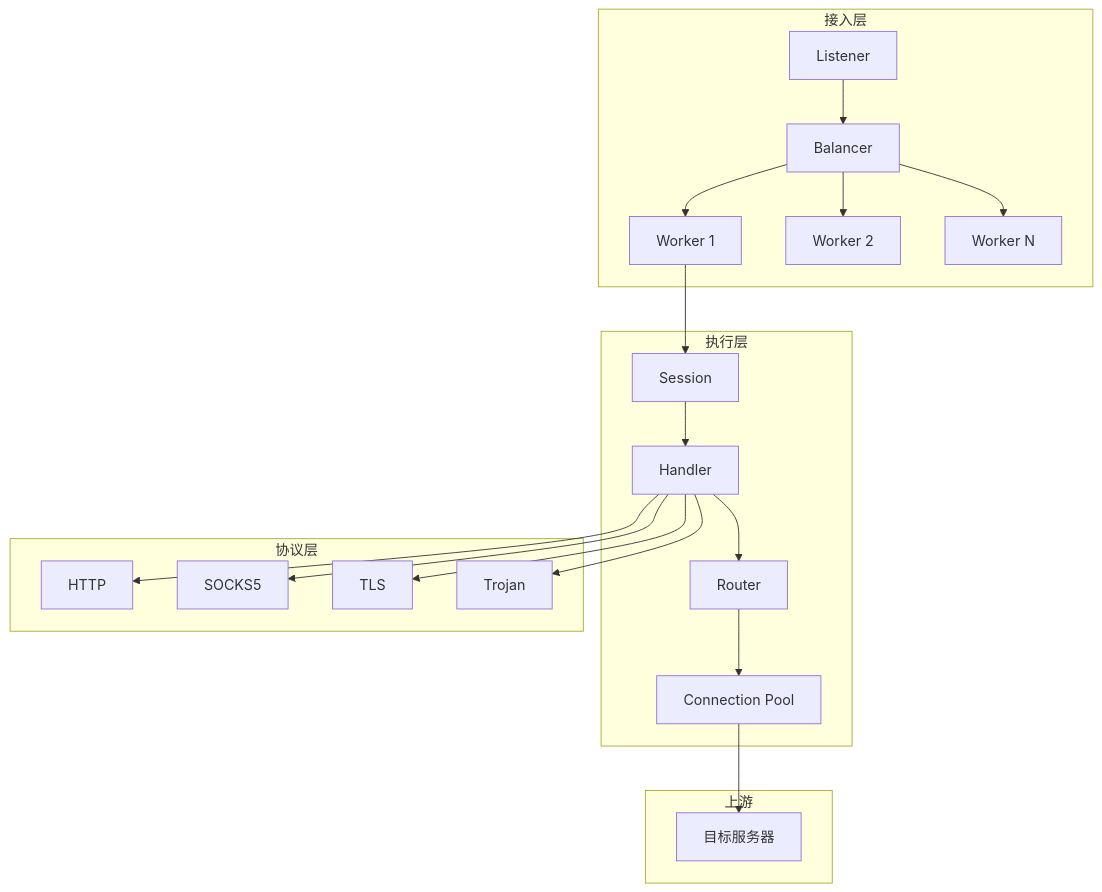
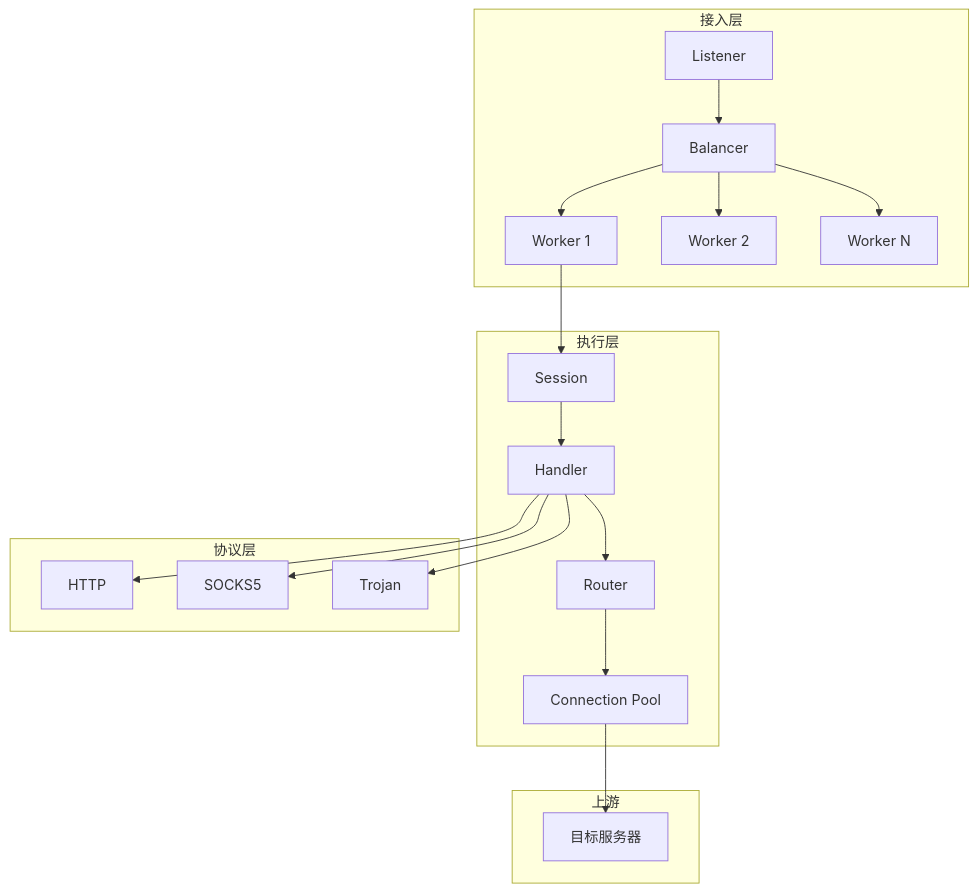
Before and after one commit to Hatedatastructures/Prism: the diagram in README.md, drawn with Mermaid. The commit also changed other lines of this file and 44 other files, not shown here.

````diff
--- a/README.md
+++ b/README.md
@@ -46,27 +45,26 @@
 ```mermaid
 graph TB
     subgraph 接入层
         L[Listener] --> B[Balancer]
         B --> W1[Worker 1]
         B --> W2[Worker 2]
         B --> W3[Worker N]
     end
 
     subgraph 执行层
         W1 --> S[Session]
         S --> H[Handler]
         H --> R[Router]
         R --> P[Connection Pool]
     end
 
     subgraph 协议层
         H --> HTTP
         H --> SOCKS5
-        H --> TLS
         H --> Trojan
     end
 
     subgraph 上游
         P --> Target[目标服务器]
     end
 ```
````
